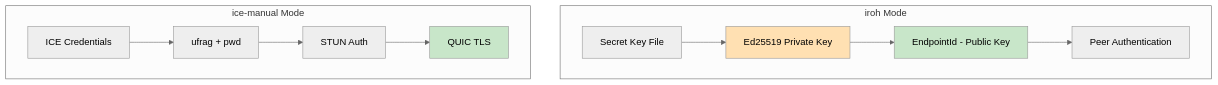
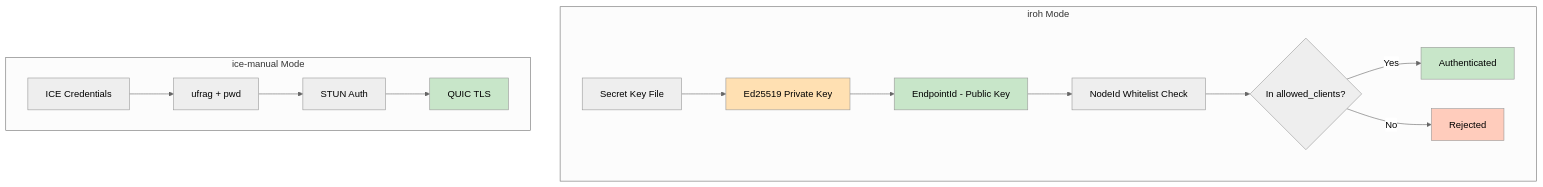
One commit to andrewtheguy/vpn-rs changed diagram 26 of 35 in docs/ARCHITECTURE.md. Above: the diagram before and after it, drawn with Mermaid (neutral theme). The commit also changed other lines of this file and 10 other files, not shown here.

Commit message:
feat: implement NodeId authentication for iroh mode with client whitelisting

````diff
--- a/docs/ARCHITECTURE.md
+++ b/docs/ARCHITECTURE.md
@@ -1074,18 +1077,23 @@
 ```mermaid
 graph TB
     subgraph "iroh Mode"
         A[Secret Key File] --> B[Ed25519 Private Key]
         B --> C[EndpointId - Public Key]
-        C --> D[Peer Authentication]
+        C --> D[NodeId Whitelist Check]
+        D --> E{In allowed_clients?}
+        E -->|Yes| F[Authenticated]
+        E -->|No| G[Rejected]
     end
 
     subgraph "ice-manual Mode"
         H[ICE Credentials] --> I[ufrag + pwd]
         I --> J[STUN Auth]
         J --> K[QUIC TLS]
     end
 
     style B fill:#FFE0B2
     style C fill:#C8E6C9
+    style F fill:#C8E6C9
+    style G fill:#FFCCBC
     style K fill:#C8E6C9
 ```
````
